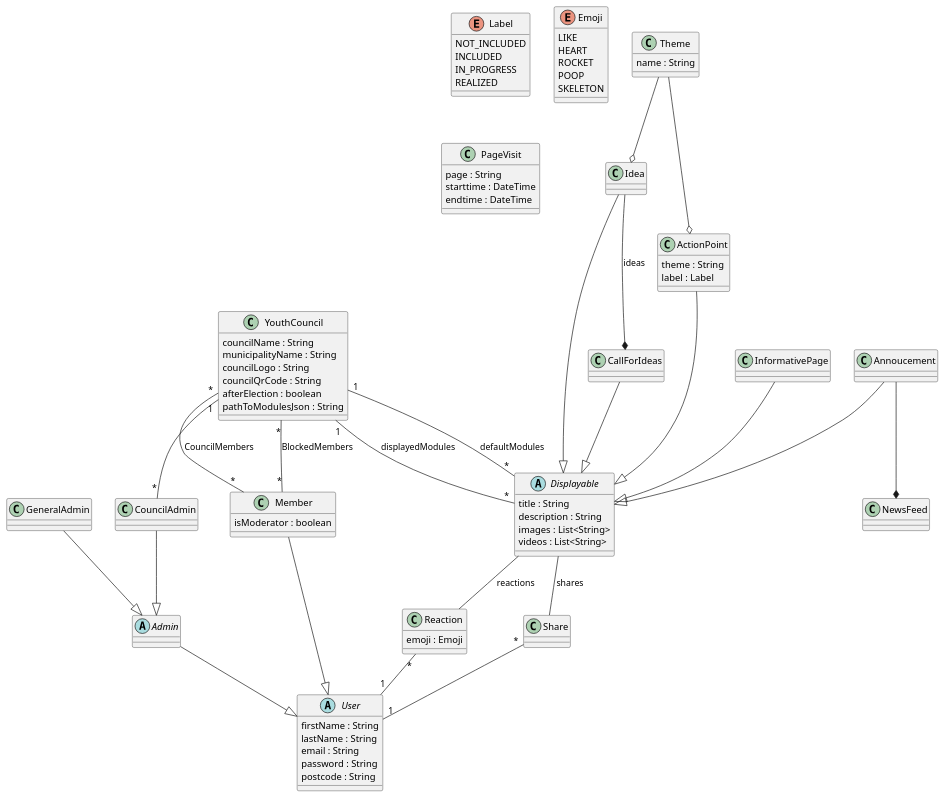
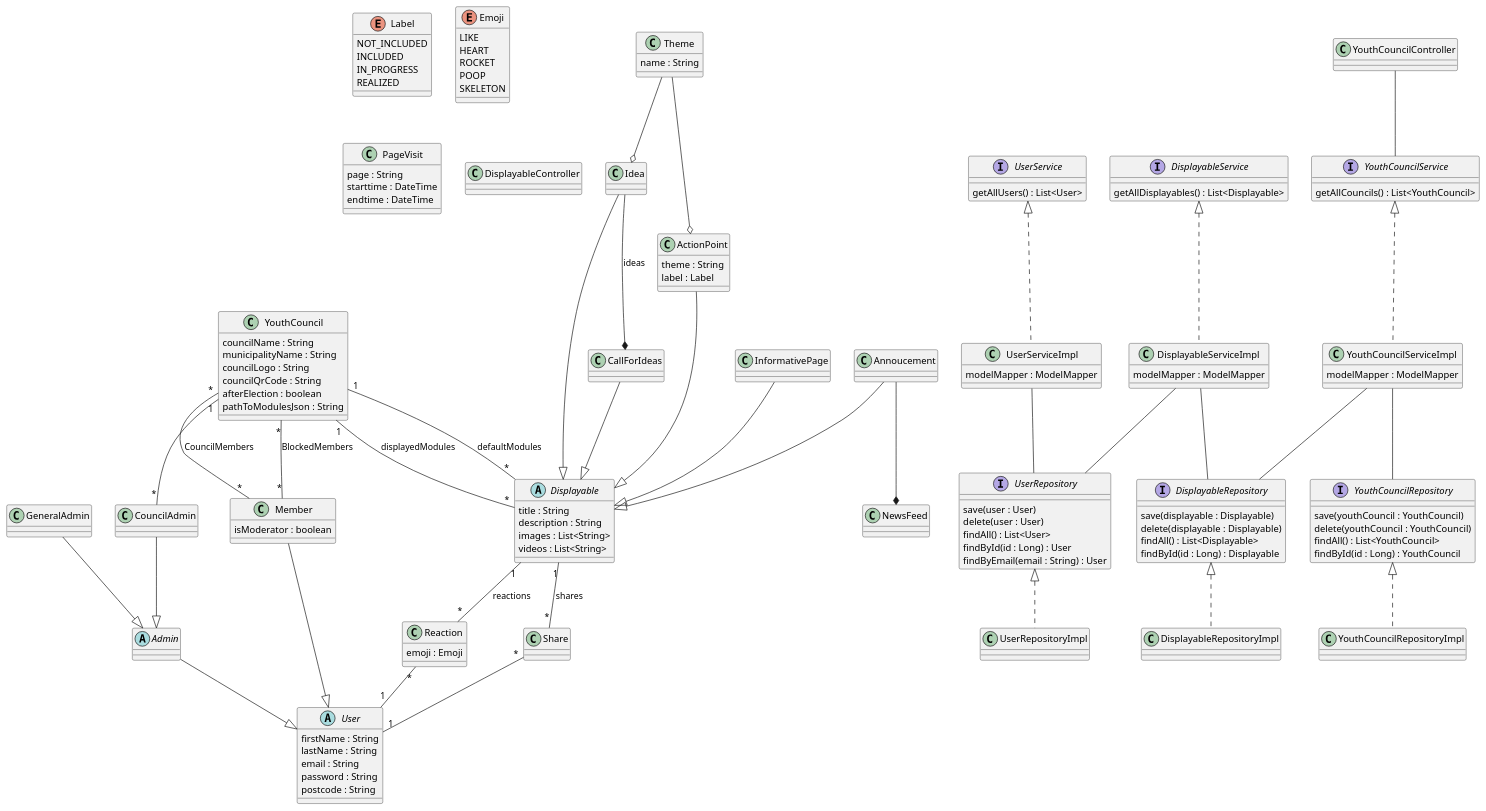
Before and after one commit to MocanuPaulC/youthcouncil: the diagram in design/general-domain-class-diagram.puml, drawn with PlantUML. The commit also changed 2 other files, not shown here.

Commit message:
Added the seq diagrams for user stories 7 and 26 and added to the design class diagram

```diff
--- a/design/general-domain-class-diagram.puml
+++ b/design/general-domain-class-diagram.puml
@@ -93,11 +93,8 @@
     SKELETON
 }
 
-class PageVisit {
-    page : String
-    starttime : DateTime
-    endtime : DateTime
-}
+
+
 
 GeneralAdmin --|> Admin
 CouncilAdmin --|> Admin
@@ -126,10 +123,84 @@
 
 Annoucement --* NewsFeed
 
-Displayable -- Reaction : reactions
-Displayable -- Share : shares
+Displayable "1" -- "*" Reaction : reactions
+Displayable "1" -- "*" Share : shares
 
 Share "*"--"1" User
 Reaction "*"--"1" User
 
+
+' Start design class diagram
+class PageVisit {
+    page : String
+    starttime : DateTime
+    endtime : DateTime
+}
+
+interface UserRepository{
+    save(user : User)
+    delete(user : User)
+    findAll() : List<User>
+    findById(id : Long) : User
+    findByEmail(email : String) : User
+}
+class UserRepositoryImpl implements UserRepository{
+
+}
+
+interface DisplayableRepository{
+    save(displayable : Displayable)
+    delete(displayable : Displayable)
+    findAll() : List<Displayable>
+    findById(id : Long) : Displayable
+}
+class DisplayableRepositoryImpl implements DisplayableRepository{
+
+}
+interface YouthCouncilRepository{
+    save(youthCouncil : YouthCouncil)
+    delete(youthCouncil : YouthCouncil)
+    findAll() : List<YouthCouncil>
+    findById(id : Long) : YouthCouncil
+}
+class YouthCouncilRepositoryImpl implements YouthCouncilRepository{
+}
+interface UserService{
+    getAllUsers() : List<User>
+
+}
+class UserServiceImpl implements UserService{
+    modelMapper : ModelMapper
+}
+interface DisplayableService{
+    getAllDisplayables() : List<Displayable>
+
+}
+class DisplayableServiceImpl implements DisplayableService{
+    modelMapper : ModelMapper
+}
+interface YouthCouncilService{
+    getAllCouncils() : List<YouthCouncil>
+
+}
+class YouthCouncilServiceImpl implements YouthCouncilService{
+    modelMapper : ModelMapper
+}
+
+class DisplayableController{
+
+}
+
+class YouthCouncilController{
+}
+
+UserServiceImpl -- UserRepository
+DisplayableServiceImpl -- DisplayableRepository
+YouthCouncilServiceImpl -- YouthCouncilRepository
+YouthCouncilServiceImpl -- DisplayableRepository
+YouthCouncilController -- YouthCouncilService
+
+DisplayableServiceImpl -- UserRepository
+
+
 @enduml
```
